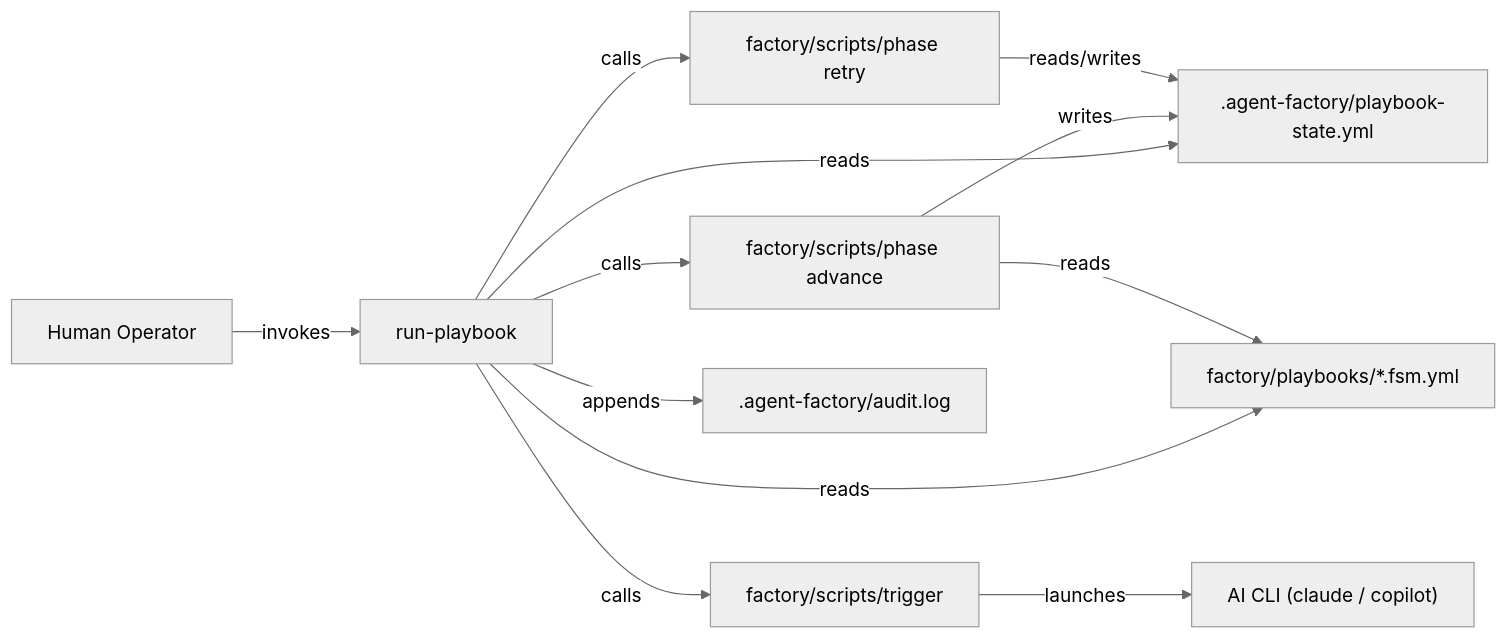
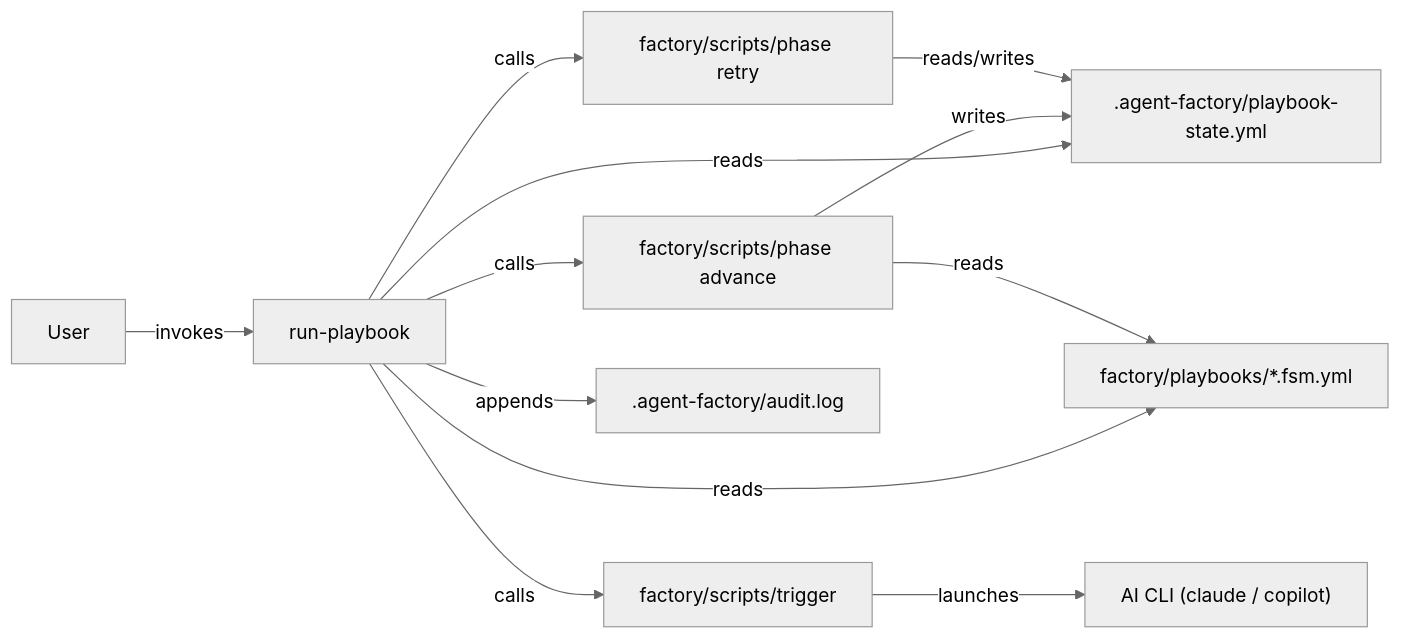
Before and after one commit to matthiasdaues/agent_factory: the diagram in packages/orchestrator/docs/05_building_block_view.md, drawn with Mermaid (neutral theme). The commit also changed 126 other files, not shown here.

First line of the commit message:
docs: switch "operator" wording for "user"

````diff
--- a/packages/orchestrator/docs/05_building_block_view.md
+++ b/packages/orchestrator/docs/05_building_block_view.md
@@ -5,14 +5,14 @@
 ```mermaid
 graph LR
-    Human["Human Operator"] -->|invokes| RP["run-playbook"]
+    Human["User"] -->|invokes| RP["run-playbook"]
     RP -->|reads| Marker[".agent-factory/playbook-state.yml"]
     RP -->|reads| FSM["factory/playbooks/*.fsm.yml"]
     RP -->|calls| PA["factory/scripts/phase advance"]
     RP -->|calls| PR["factory/scripts/phase retry"]
     RP -->|calls| TR["factory/scripts/trigger"]
     TR -->|launches| CLI["AI CLI (claude / copilot)"]
     PA -->|writes| Marker
     PA -->|reads| FSM
     PR -->|reads/writes| Marker
     RP -->|appends| Audit[".agent-factory/audit.log"]
 ```
````
